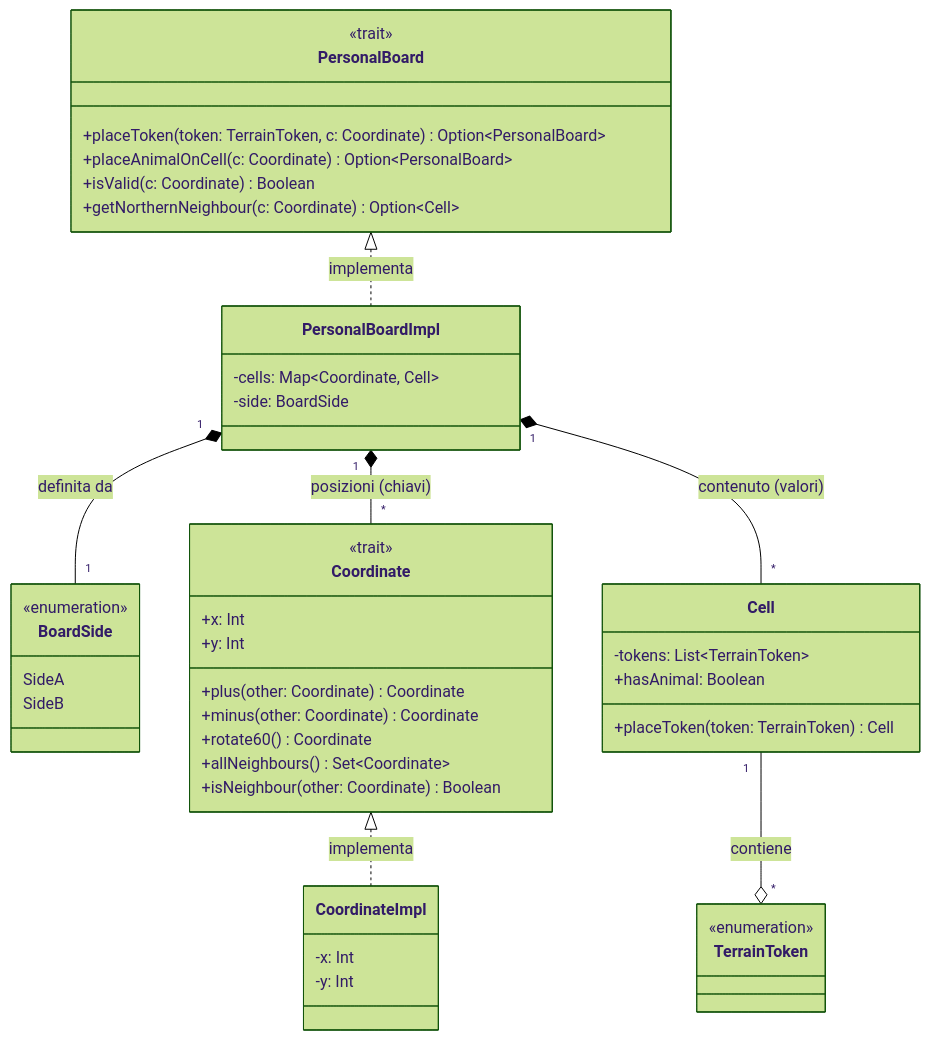
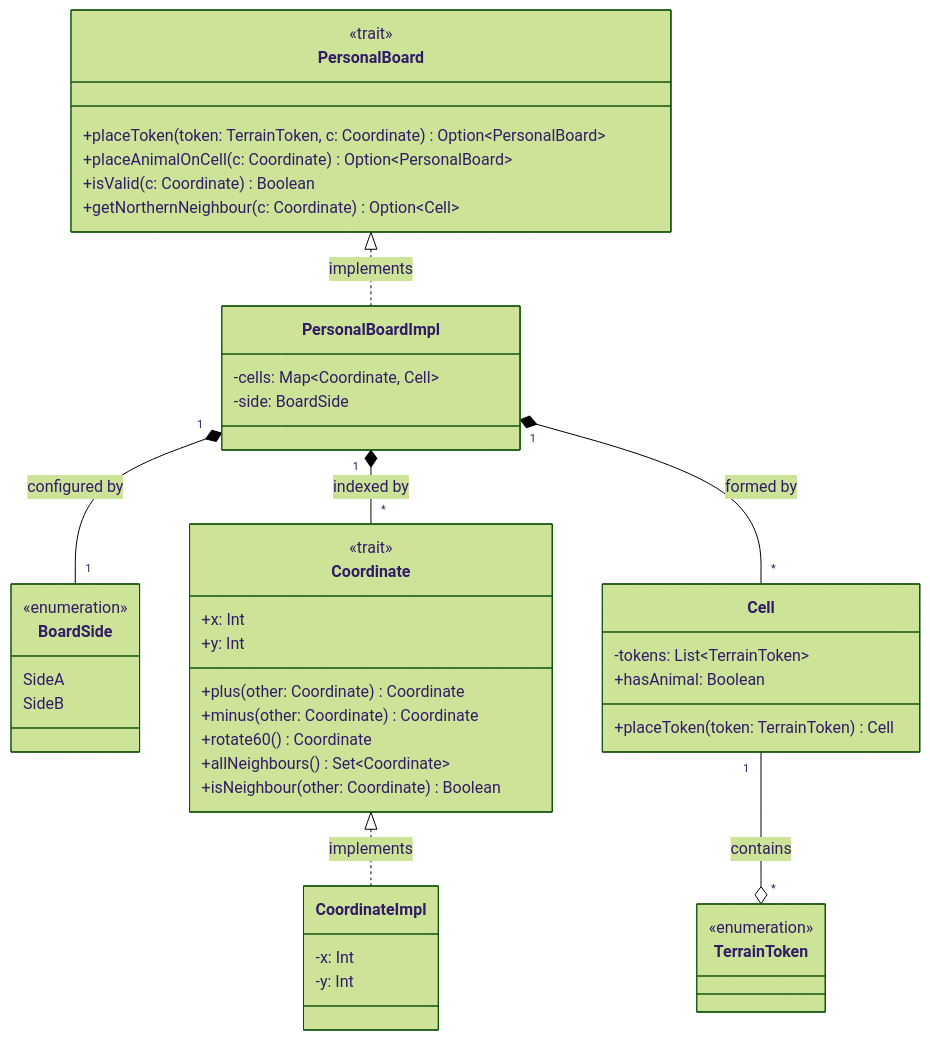
One commit to elisayan/PPS-25-scalarmonies changed the first of 2 diagrams in docs/implementation.md. Above: the diagram before and after it, drawn with Mermaid (forest theme). The commit also changed other lines of this file, not shown here.

````diff
--- a/docs/implementation.md
+++ b/docs/implementation.md
@@ -114,58 +114,58 @@
 ```mermaid
 classDiagram
     direction TB
 
     class PersonalBoard {
         <<trait>>
         +placeToken(token: TerrainToken, c: Coordinate) Option~PersonalBoard~
         +placeAnimalOnCell(c: Coordinate) Option~PersonalBoard~
         +isValid(c: Coordinate) Boolean
         +getNorthernNeighbour(c: Coordinate) Option~Cell~
     }
 
     class PersonalBoardImpl {
         -cells: Map~Coordinate, Cell~
         -side: BoardSide
     }
 
     class BoardSide {
         <<enumeration>>
         SideA
         SideB
     }
 
     class Cell {
         -tokens: List~TerrainToken~
         +hasAnimal: Boolean
         +placeToken(token: TerrainToken) Cell
     }
 
     class Coordinate {
         <<trait>>
         +x: Int
         +y: Int
         +plus(other: Coordinate) Coordinate
         +minus(other: Coordinate) Coordinate
         +rotate60() Coordinate
         +allNeighbours() Set~Coordinate~
         +isNeighbour(other: Coordinate) Boolean
     }
 
     class CoordinateImpl {
         -x: Int
         -y: Int
     }
 
     class TerrainToken {
 <<enumeration>>
 }
 
 %% Relazioni
-PersonalBoard <|.. PersonalBoardImpl : implementa
-Coordinate <|.. CoordinateImpl : implementa
+PersonalBoard <|.. PersonalBoardImpl : implements
+Coordinate <|.. CoordinateImpl : implements
 
-PersonalBoardImpl "1" *-- "1" BoardSide : definita da
-PersonalBoardImpl "1" *-- "*" Coordinate : posizioni (chiavi)
-PersonalBoardImpl "1" *-- "*" Cell : contenuto (valori)
-Cell "1" --o "*" TerrainToken : contiene
+PersonalBoardImpl "1" *-- "1" BoardSide : configured by
+PersonalBoardImpl "1" *-- "*" Coordinate : indexed by
+PersonalBoardImpl "1" *-- "*" Cell : formed by
+Cell "1" --o "*" TerrainToken : contains
 ```
````
